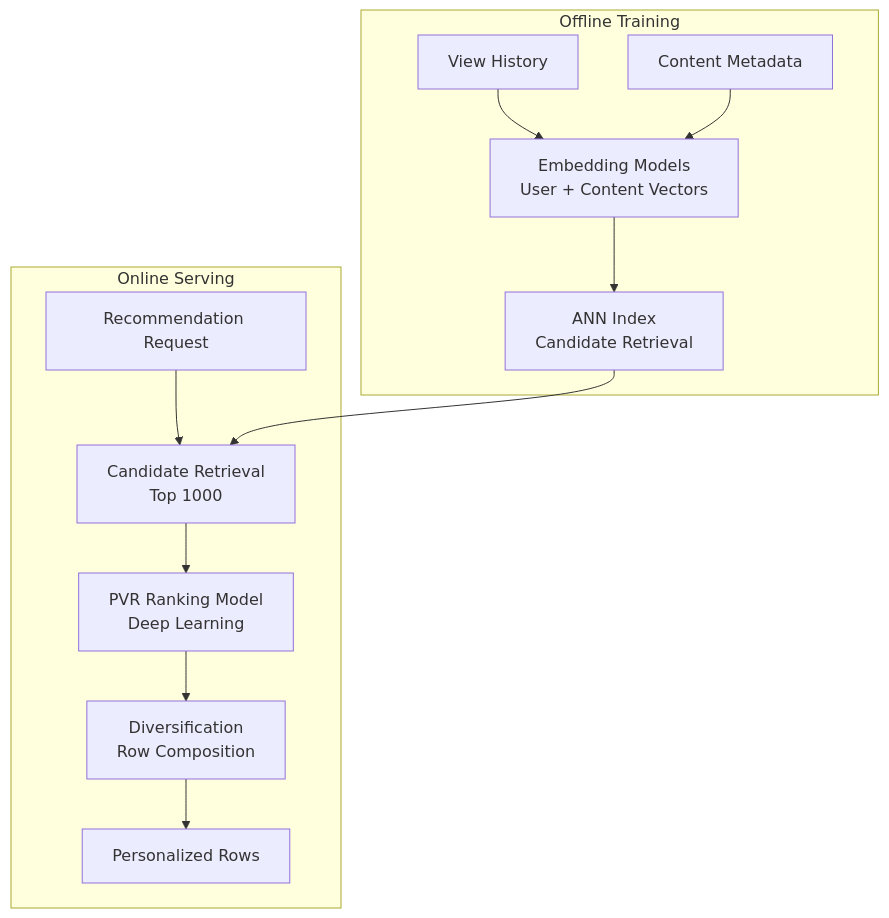
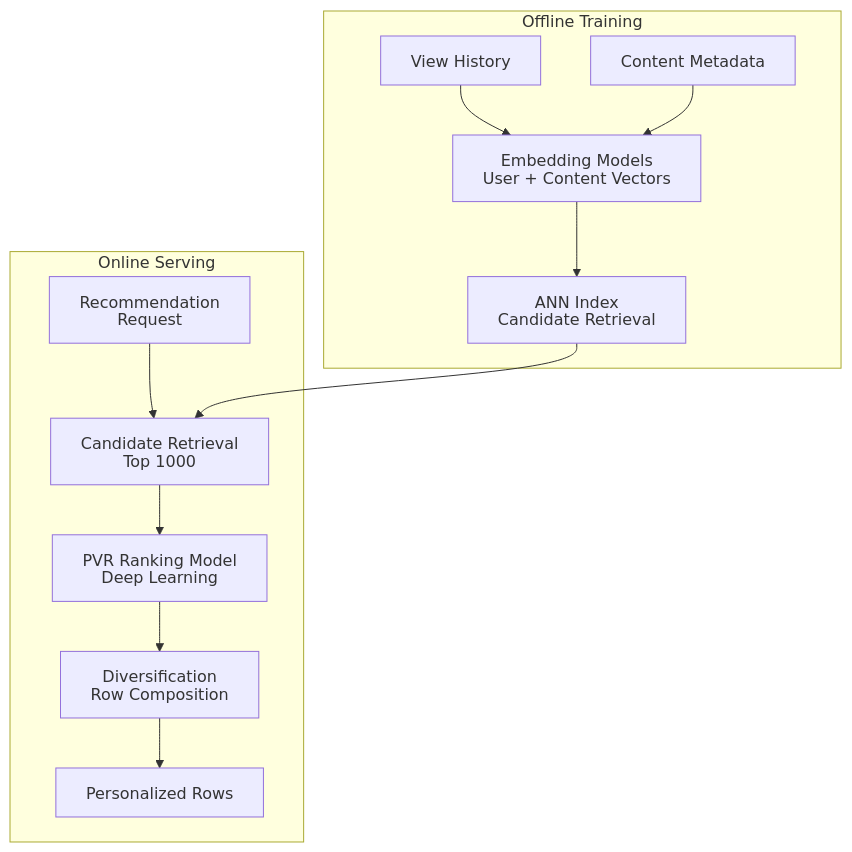
Before and after one commit to sujeet-pro/sujeet.pro: the diagram in content/articles/design-netflix-streaming/diagrams/two-stage-recommendation-retrieve-candidates-via-embedding-similarity-rank-with-.mermaid, drawn with Mermaid. The commit also changed 3060 other files, not shown here.

```diff
--- a/content/articles/design-netflix-streaming/diagrams/two-stage-recommendation-retrieve-candidates-via-embedding-similarity-rank-with-.mermaid
+++ b/content/articles/design-netflix-streaming/diagrams/two-stage-recommendation-retrieve-candidates-via-embedding-similarity-rank-with-.mermaid
@@ -1,17 +1,18 @@
 %% Diagram: Two Stage Recommendation Retrieve Candidates Via Embedding Similarity Rank With
 %% Type: flowchart
+%%{init: {'htmlLabels': false}}%%
 flowchart TB
     subgraph "Offline Training"
         HISTORY[View History] --> EMBED[Embedding Models<br/>User + Content Vectors]
         CATALOG[Content Metadata] --> EMBED
         EMBED --> INDEX[ANN Index<br/>Candidate Retrieval]
     end
 
     subgraph "Online Serving"
         REQ[Recommendation Request] --> RETRIEVE[Candidate Retrieval<br/>Top 1000]
         RETRIEVE --> RANK[PVR Ranking Model<br/>Deep Learning]
         RANK --> DIVERSIFY[Diversification<br/>Row Composition]
         DIVERSIFY --> RESP[Personalized Rows]
     end
 
     INDEX --> RETRIEVE
```
